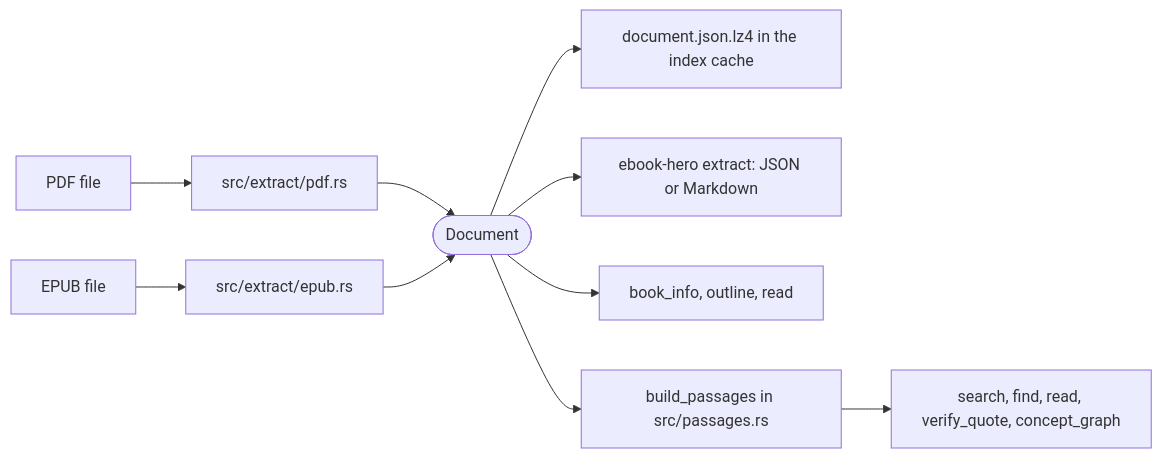
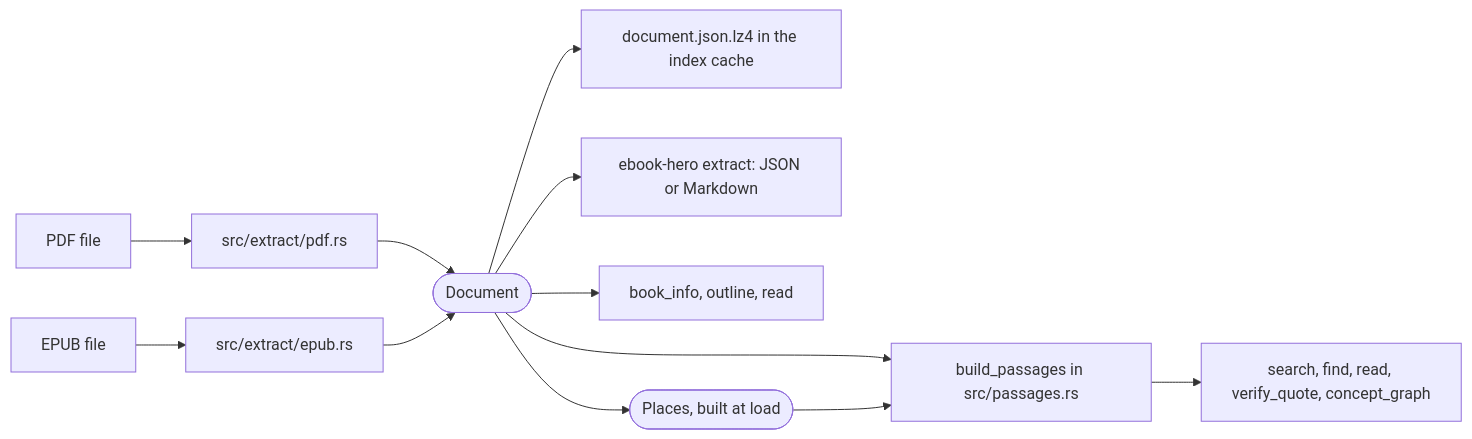
The first of 2 diagrams in docs/document-model.md (AhmedKishki/ebook-hero), drawn with Mermaid before and after one commit. The commit also changed other lines of this file and 17 other files, not shown here.

````diff
--- a/docs/document-model.md
+++ b/docs/document-model.md
@@ -9,12 +9,14 @@
 ```mermaid
 flowchart LR
     pdf["PDF file"] --> pdfr["src/extract/pdf.rs"]
     epub["EPUB file"] --> epubr["src/extract/epub.rs"]
     pdfr --> doc(["Document"])
     epubr --> doc
     doc --> cache["document.json.lz4 in the index cache"]
     doc --> extract["ebook-hero extract: JSON or Markdown"]
     doc --> direct["book_info, outline, read"]
+    doc --> places(["Places, built at load"])
     doc --> passages["build_passages in src/passages.rs"]
+    places --> passages
     passages --> tools["search, find, read, verify_quote, concept_graph"]
 ```
````
